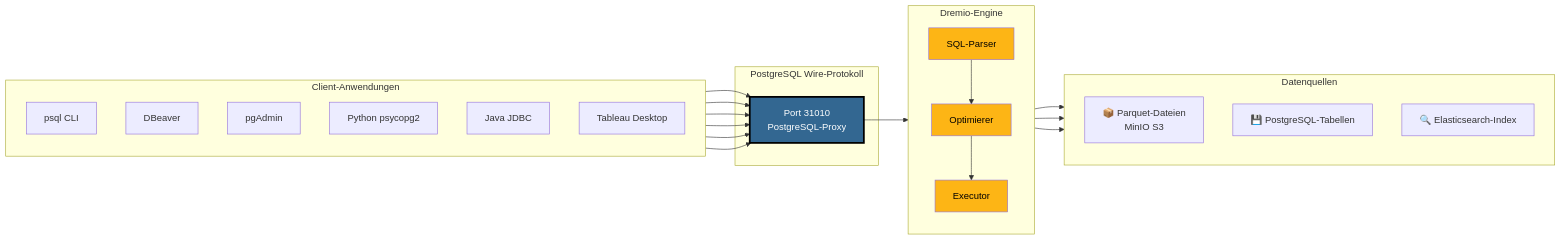
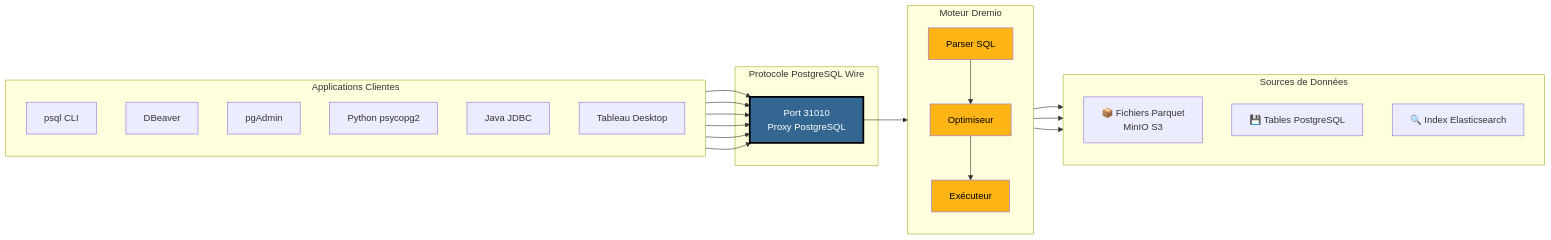
Before and after one commit to Monsau/Talentys-OSS-Data-Platform: the second of 9 diagrams in docs/i18n/de/architecture/dremio-ports-visual.md, drawn with Mermaid. The commit also changed other lines of this file and 485 other files, not shown here.

First line of the commit message:
feat: v1.1.0 - Complete i18n roadmap, AI services, and data platform

````diff
--- a/docs/i18n/de/architecture/dremio-ports-visual.md
+++ b/docs/i18n/de/architecture/dremio-ports-visual.md
@@ -70,44 +70,44 @@
 ```mermaid
 graph LR
-    subgraph "Client-Anwendungen"
+    subgraph "Applications Clientes"
         direction TB
         A1[psql CLI]
         A2[DBeaver]
         A3[pgAdmin]
         A4[Python psycopg2]
         A5[Java JDBC]
         A6[Tableau Desktop]
     end
     
-    subgraph "PostgreSQL Wire-Protokoll"
-        P[Port 31010<br/>PostgreSQL-Proxy]
+    subgraph "Protocole PostgreSQL Wire"
+        P[Port 31010<br/>Proxy PostgreSQL]
     end
     
-    subgraph "Dremio-Engine"
+    subgraph "Moteur Dremio"
         direction TB
-        M1[SQL-Parser]
-        M2[Optimierer]
-        M3[Executor]
+        M1[Parser SQL]
+        M2[Optimiseur]
+        M3[Exécuteur]
     end
     
-    subgraph "Datenquellen"
+    subgraph "Sources de Données"
         direction TB
-        S1[📦 Parquet-Dateien<br/>MinIO S3]
-        S2[💾 PostgreSQL-Tabellen]
-        S3[🔍 Elasticsearch-Index]
+        S1[📦 Fichiers Parquet<br/>MinIO S3]
+        S2[💾 Tables PostgreSQL]
+        S3[🔍 Index Elasticsearch]
     end
     
     A1 & A2 & A3 --> P
     A4 & A5 & A6 --> P
     
     P --> M1
     M1 --> M2
     M2 --> M3
     
     M3 --> S1 & S2 & S3
     
     style P fill:#336791,color:#fff,stroke:#000,stroke-width:3px
     style M1 fill:#FDB515,color:#000
     style M2 fill:#FDB515,color:#000
     style M3 fill:#FDB515,color:#000
 ```
````
